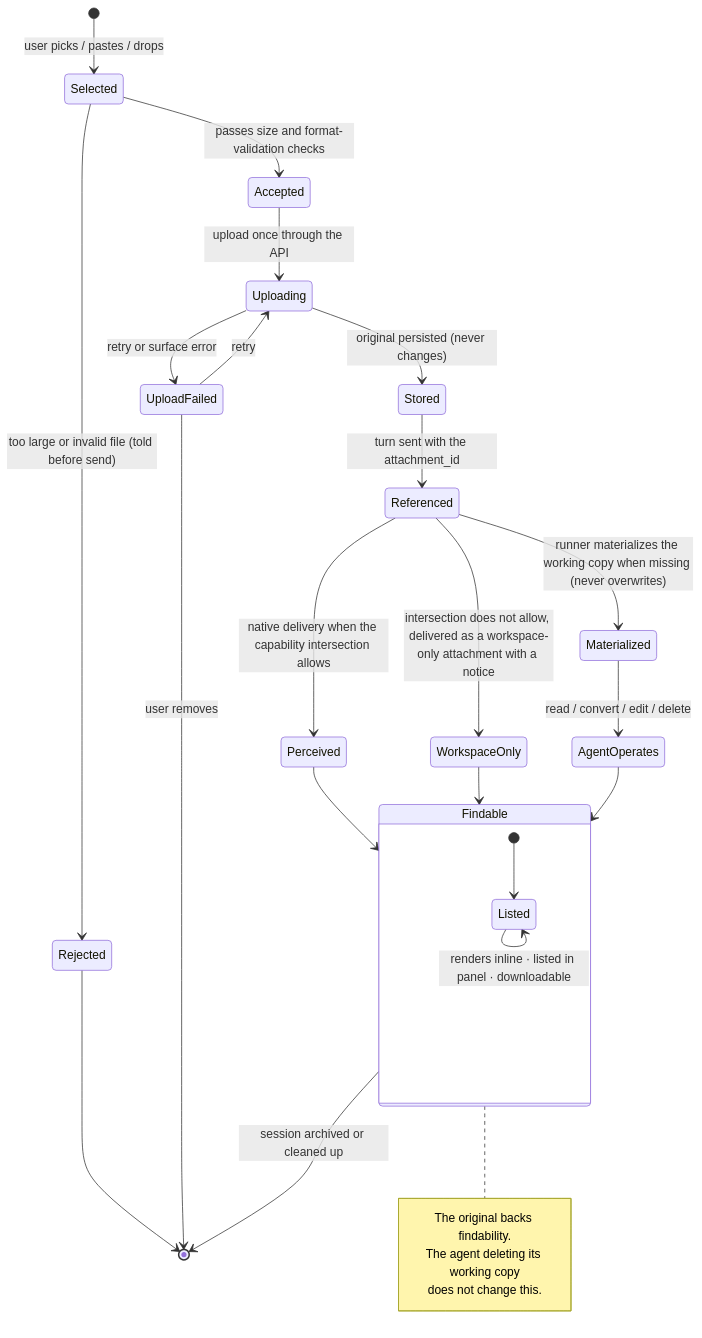
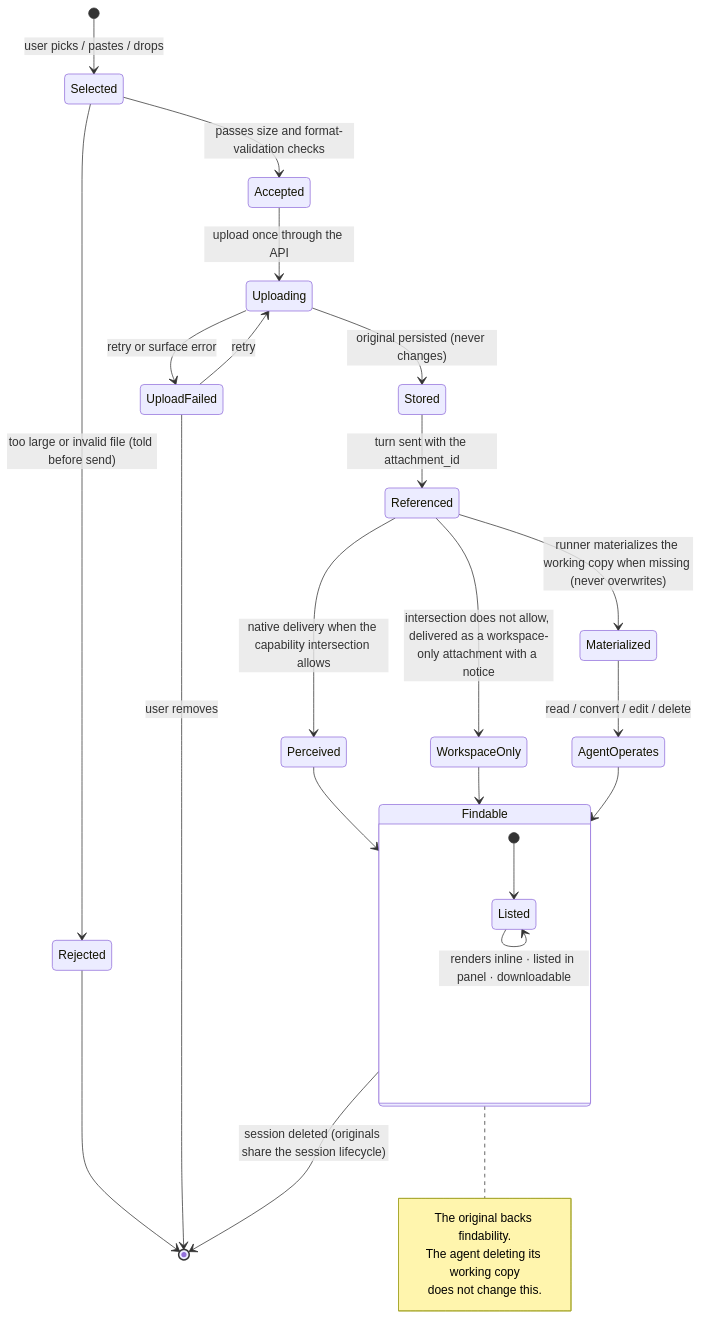
The fourth of 8 diagrams in docs/design/agent-workflows/projects/agent-multi-modality/design.md (nightcityblade/agenta), drawn with Mermaid before and after one commit. The commit also changed other lines of this file and 5 other files, not shown here.

````diff
--- a/docs/design/agent-workflows/projects/agent-multi-modality/design.md
+++ b/docs/design/agent-workflows/projects/agent-multi-modality/design.md
@@ -310,33 +310,33 @@
 ```mermaid
 stateDiagram-v2
     [*] --> Selected: user picks / pastes / drops
     Selected --> Accepted: passes size and format-validation checks
     Selected --> Rejected: too large or invalid file (told before send)
     Rejected --> [*]
     Accepted --> Uploading: upload once through the API
     Uploading --> Stored: original persisted (never changes)
     Uploading --> UploadFailed: retry or surface error
     UploadFailed --> Uploading: retry
     UploadFailed --> [*]: user removes
 
     Stored --> Referenced: turn sent with the attachment_id
     Referenced --> Materialized: runner materializes the working copy when missing (never overwrites)
     Referenced --> Perceived: native delivery when the capability intersection allows
     Referenced --> WorkspaceOnly: intersection does not allow, delivered as a workspace-only attachment with a notice
 
     Perceived --> Findable
     WorkspaceOnly --> Findable
     Materialized --> AgentOperates: read / convert / edit / delete
     AgentOperates --> Findable
 
     state Findable {
         [*] --> Listed
         Listed --> Listed: renders inline · listed in panel · downloadable
     }
     note right of Findable
         The original backs findability.
         The agent deleting its working copy
         does not change this.
     end note
-    Findable --> [*]: session archived or cleaned up
+    Findable --> [*]: session deleted (originals share the session lifecycle)
 ```
````
